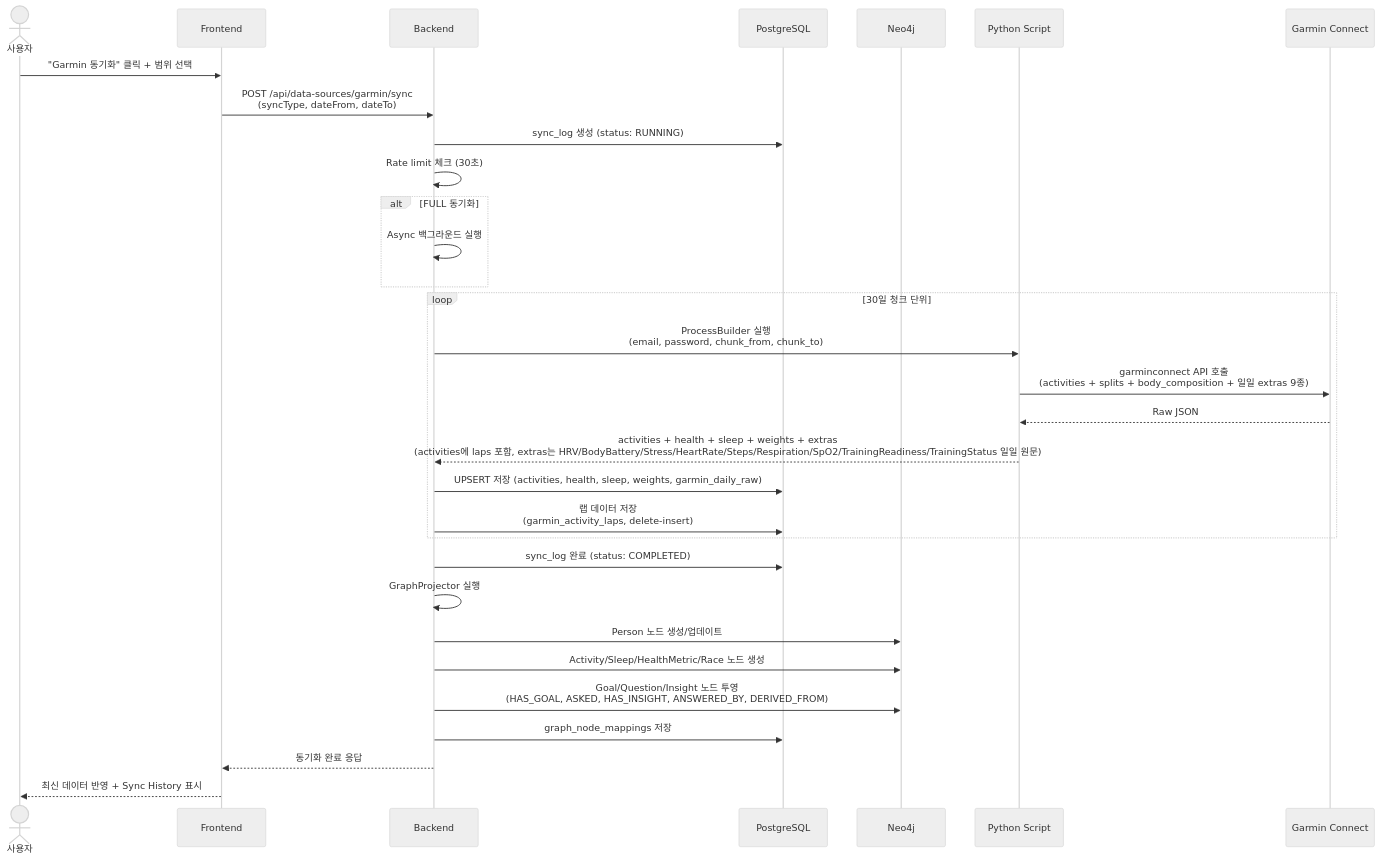
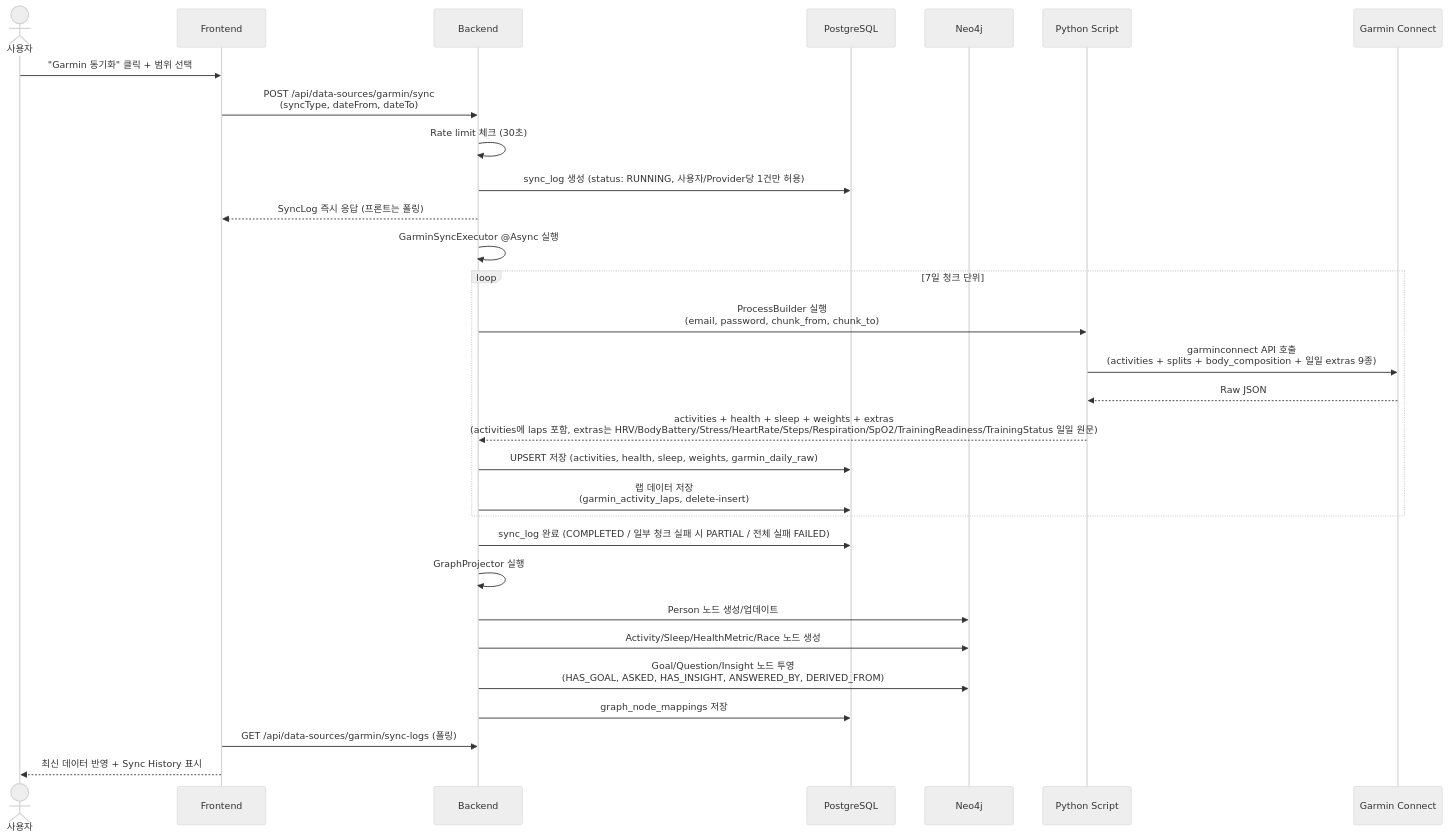
Before and after one commit to Hsooooo/personal-insight-os: the seventh of 9 diagrams in docs/architecture.md, drawn with Mermaid (neutral theme). The commit also changed other lines of this file and 12 other files, not shown here.

````diff
--- a/docs/architecture.md
+++ b/docs/architecture.md
@@ -242,39 +300,37 @@
 ```mermaid
 sequenceDiagram
     actor U as 사용자
     participant FE as Frontend
     participant BE as Backend
     participant PG as PostgreSQL
     participant NEO as Neo4j
     participant PY as Python Script
     participant GC as Garmin Connect
 
     U->>FE: "Garmin 동기화" 클릭 + 범위 선택
     FE->>BE: POST /api/data-sources/garmin/sync<br/>(syncType, dateFrom, dateTo)
 
-    BE->>PG: sync_log 생성 (status: RUNNING)
     BE->>BE: Rate limit 체크 (30초)
+    BE->>PG: sync_log 생성 (status: RUNNING, 사용자/Provider당 1건만 허용)
+    BE-->>FE: SyncLog 즉시 응답 (프론트는 폴링)
+    BE->>BE: GarminSyncExecutor @Async 실행
 
-    alt FULL 동기화
-        BE->>BE: Async 백그라운드 실행
-    end
-
-    loop 30일 청크 단위
+    loop 7일 청크 단위
         BE->>PY: ProcessBuilder 실행<br/>(email, password, chunk_from, chunk_to)
         PY->>GC: garminconnect API 호출<br/>(activities + splits + body_composition + 일일 extras 9종)
         GC-->>PY: Raw JSON
         PY-->>BE: activities + health + sleep + weights + extras<br/>(activities에 laps 포함, extras는 HRV/BodyBattery/Stress/HeartRate/Steps/Respiration/SpO2/TrainingReadiness/TrainingStatus 일일 원문)
         BE->>PG: UPSERT 저장 (activities, health, sleep, weights, garmin_daily_raw)
         BE->>PG: 랩 데이터 저장<br/>(garmin_activity_laps, delete-insert)
     end
 
-    BE->>PG: sync_log 완료 (status: COMPLETED)
+    BE->>PG: sync_log 완료 (COMPLETED / 일부 청크 실패 시 PARTIAL / 전체 실패 FAILED)
     BE->>BE: GraphProjector 실행
     BE->>NEO: Person 노드 생성/업데이트
     BE->>NEO: Activity/Sleep/HealthMetric/Race 노드 생성
     BE->>NEO: Goal/Question/Insight 노드 투영<br/>(HAS_GOAL, ASKED, HAS_INSIGHT, ANSWERED_BY, DERIVED_FROM)
     BE->>PG: graph_node_mappings 저장
 
-    BE-->>FE: 동기화 완료 응답
+    FE->>BE: GET /api/data-sources/garmin/sync-logs (폴링)
     FE-->>U: 최신 데이터 반영 + Sync History 표시
 ```
````
